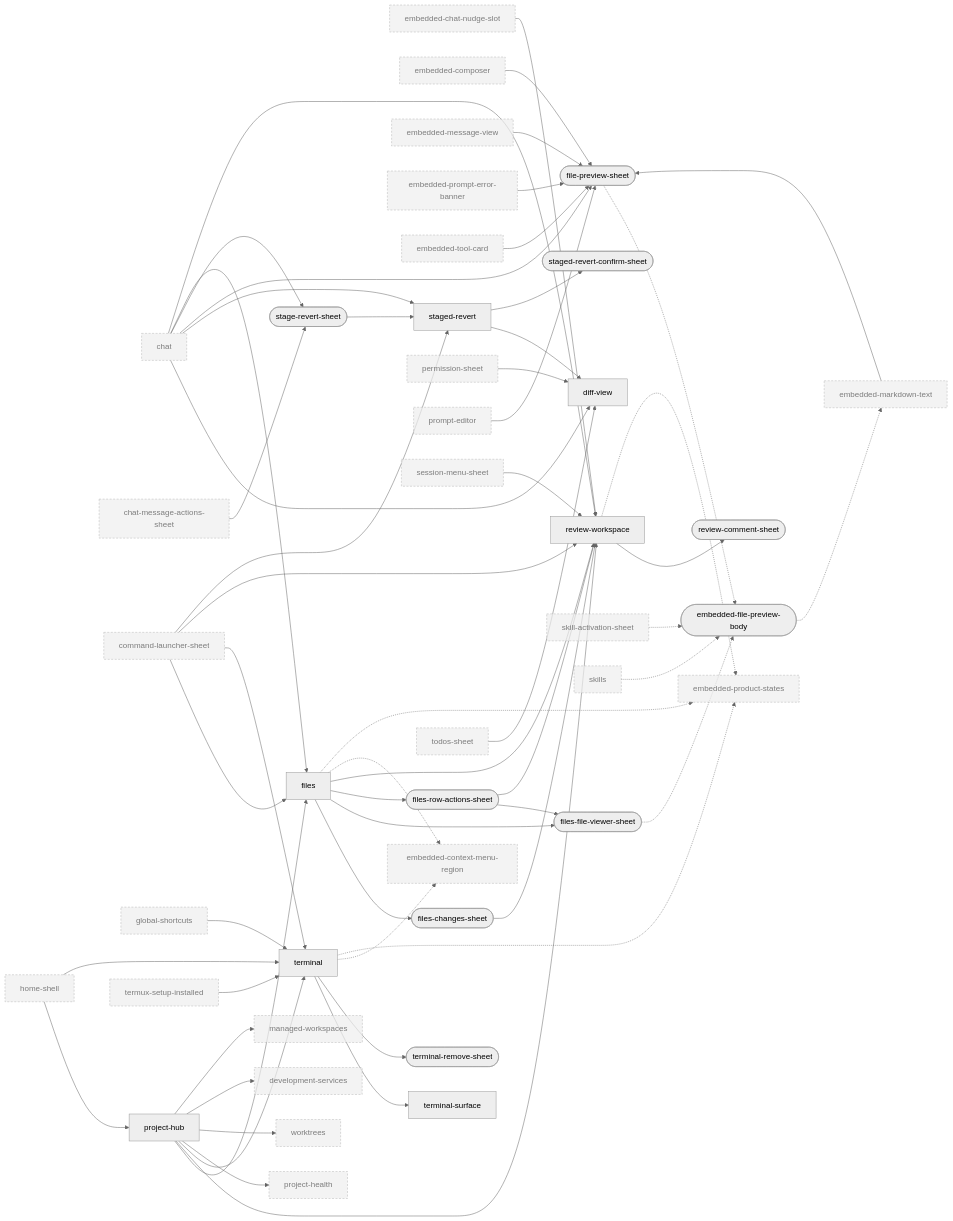
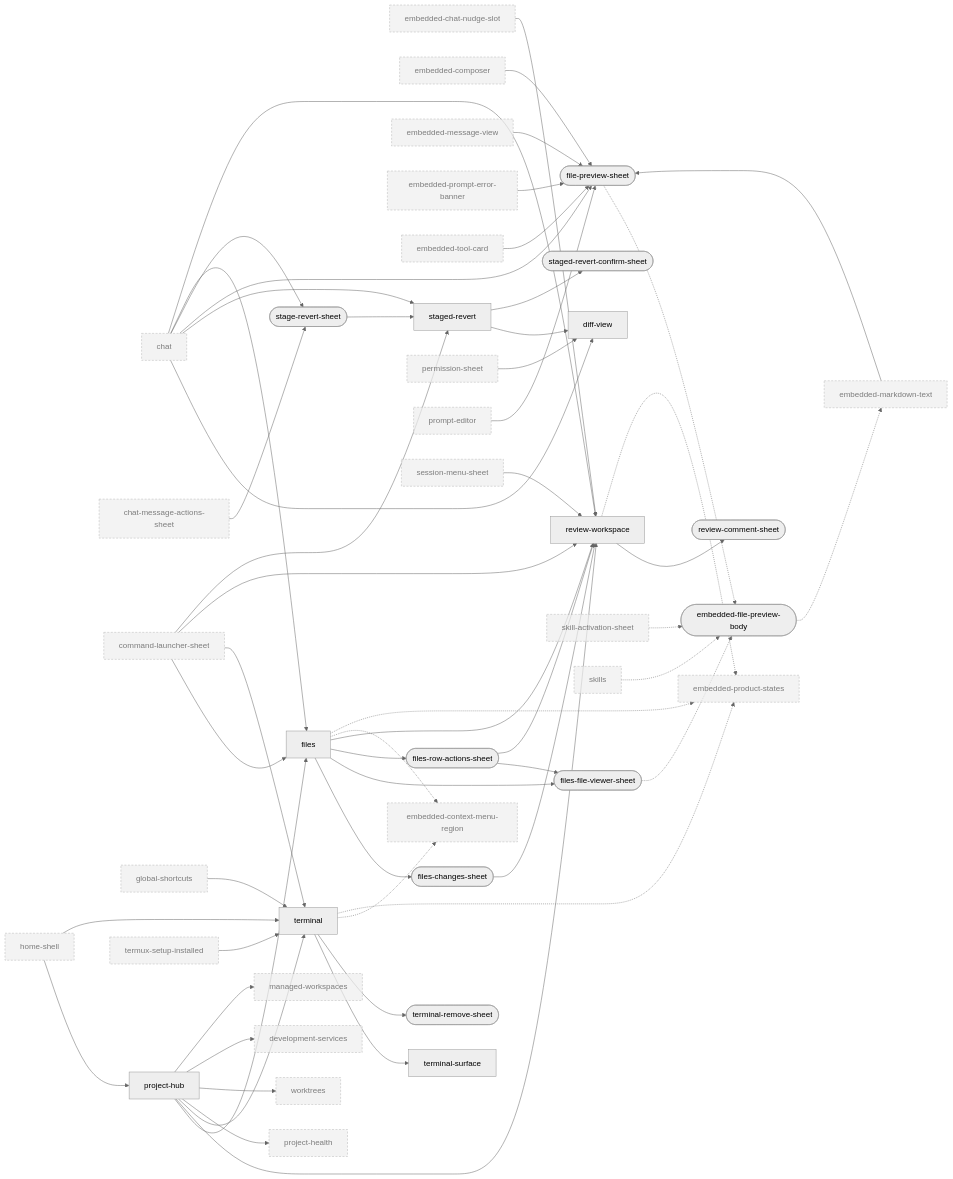
One commit to Breskott/opencode-mobile-next changed the fourth of 10 diagrams in docs/design/ui-ledger/navigation.md. Above: the diagram before and after it, drawn with Mermaid (neutral theme). The commit also changed other lines of this file and 20 other files, not shown here.

````diff
--- a/docs/design/ui-ledger/navigation.md
+++ b/docs/design/ui-ledger/navigation.md
@@ -627,7 +608,6 @@
   terminal_remove_sheet(["terminal-remove-sheet"])
   terminal_surface["terminal-surface"]
   termux_setup_installed["termux-setup-installed"]:::ext
-  todos_sheet["todos-sheet"]:::ext
   worktrees["worktrees"]:::ext
   home_shell --> project_hub
   home_shell --> terminal
@@ -646,7 +626,6 @@
   prompt_editor --> file_preview_sheet
   embedded_message_view --> file_preview_sheet
   embedded_chat_nudge_slot --> review_workspace
-  permission_sheet --> diff_view
   embedded_tool_card --> file_preview_sheet
   embedded_markdown_text --> file_preview_sheet
   project_hub --> files
@@ -683,6 +662,6 @@
   files_file_viewer_sheet -.-> embedded_file_preview_body
   skill_activation_sheet -.-> embedded_file_preview_body
   skills -.-> embedded_file_preview_body
-  todos_sheet --> diff_view
+  permission_sheet --> diff_view
   classDef ext stroke-dasharray: 4 3,opacity:0.7
 ```
````
